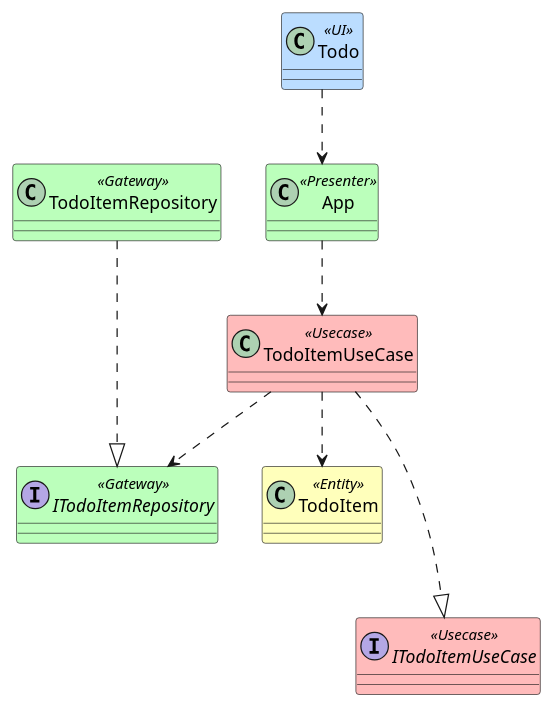
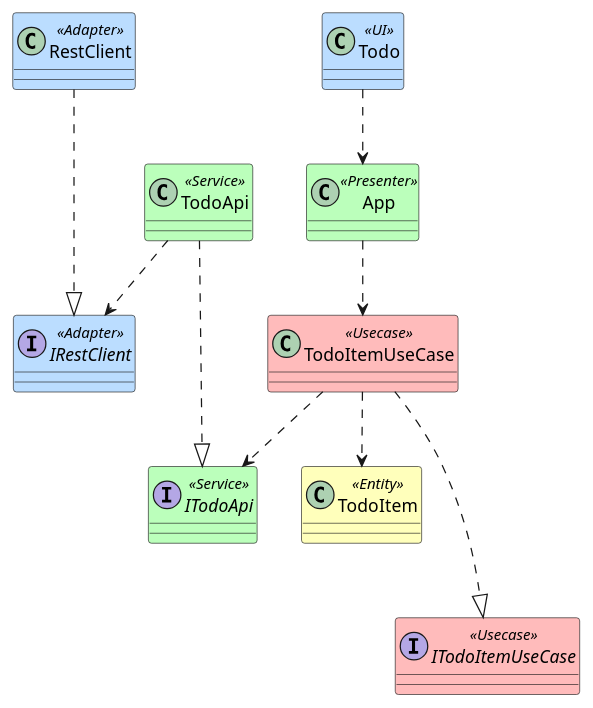
Before and after one commit to kentaro-m/clean-architecture-todo-example: the diagram in app/class_diagram.pu, drawn with PlantUML. The commit also changed 17 other files, not shown here.

Commit message:
Use service pattern instead of repository pattern

```diff
--- a/app/class_diagram.pu
+++ b/app/class_diagram.pu
@@ -1,41 +1,49 @@
 @startuml
 
 skinparam class {
   BackgroundColor<<UI>> #bbddff
+  BackgroundColor<<Service>> #bbffbb
   BackgroundColor<<Presenter>> #bbffbb
-  BackgroundColor<<Gateway>> #bbffbb
+  BackgroundColor<<Adapter>> #bbddff
   BackgroundColor<<Usecase>> #ffbbbb
   BackgroundColor<<Entity>> #ffffbb
 }
 
 class TodoItem <<Entity>> {
 }
 
 interface ITodoItemUseCase <<Usecase>> {
 }
 
 class TodoItemUseCase <<Usecase>> {
 }
 
-interface ITodoItemRepository <<Gateway>> {
-}
-
-class TodoItemRepository <<Gateway>> {
-}
-
 class App<<Presenter>> {
 }
 
 class Todo<<UI>> {
 }
 
+interface IRestClient <<Adapter>> {
+}
+
+class RestClient <<Adapter>> {
+}
+
+interface ITodoApi <<Service>> {
+}
+
+class TodoApi <<Service>> {
+}
+
 TodoItemUseCase ...|> ITodoItemUseCase
-TodoItemRepository ...|> ITodoItemRepository
+RestClient ...|> IRestClient
+TodoApi ...|> ITodoApi
 
-TodoItemUseCase ..>  ITodoItemRepository
 TodoItemUseCase ..>  TodoItem
-
+TodoApi ..>  IRestClient
+TodoItemUseCase ..> ITodoApi
 App ..> TodoItemUseCase
 Todo ..> App
 
 @enduml
```
